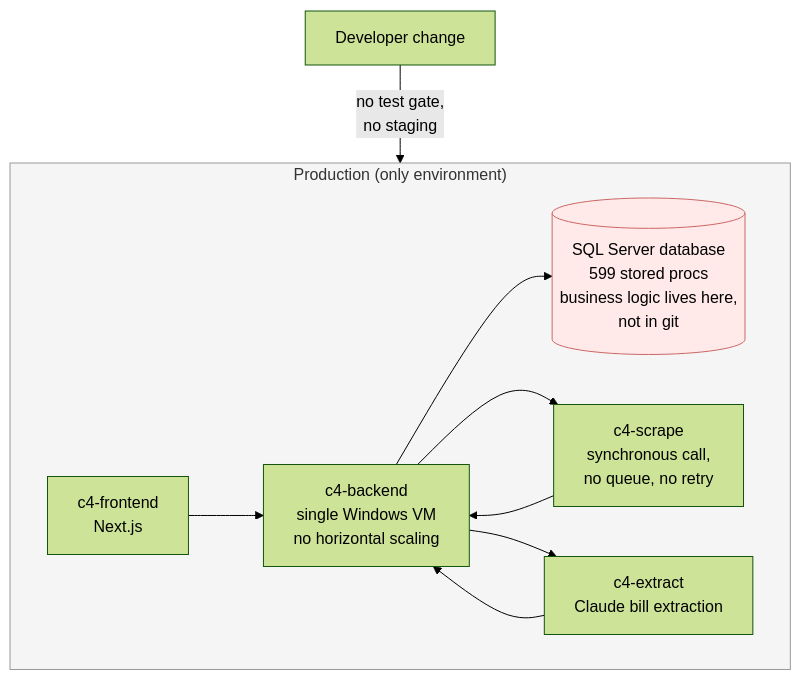
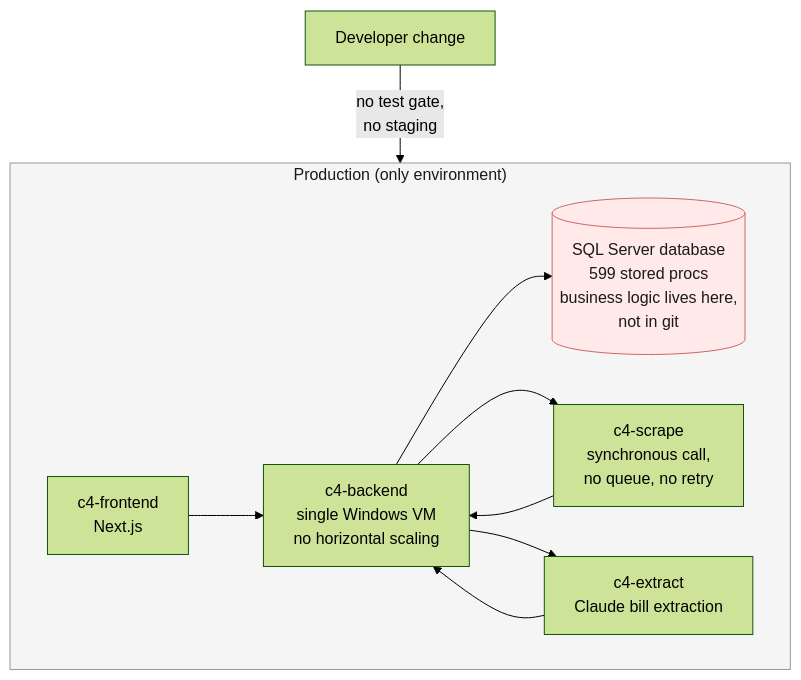
The first of 3 diagrams in docs/projects/ubility-partnership-proposal.md (keystone-software-systems/keystone-web), drawn with Mermaid (forest theme) before and after one commit. The commit also changed other lines of this file, not shown here.

First line of the commit message:
fix: subgraph title text unreadable in mermaid diagrams

````diff
--- a/docs/projects/ubility-partnership-proposal.md
+++ b/docs/projects/ubility-partnership-proposal.md
@@ -88,22 +88,22 @@
 ```mermaid
 graph TD
     DEV["Developer change"] -->|"no test gate,<br/>no staging"| PROD
 
     subgraph PROD["Production (only environment)"]
         FE["c4-frontend<br/>Next.js"]
         BE["c4-backend<br/>single Windows VM<br/>no horizontal scaling"]
         DB[("SQL Server database<br/>599 stored procs<br/>business logic lives here,<br/>not in git")]
         SC["c4-scrape<br/>synchronous call,<br/>no queue, no retry"]
         EX["c4-extract<br/>Claude bill extraction"]
     end
 
     FE --> BE
     BE --> DB
     BE --> SC
     SC --> BE
     BE --> EX
     EX --> BE
 
-    style PROD fill:#f5f5f5,stroke:#999
-    style DB fill:#ffe9e9,stroke:#c66
+    style PROD fill:#f5f5f5,stroke:#999,color:#1a1a1a
+    style DB fill:#ffe9e9,stroke:#c66,color:#1a1a1a
 ```
````
